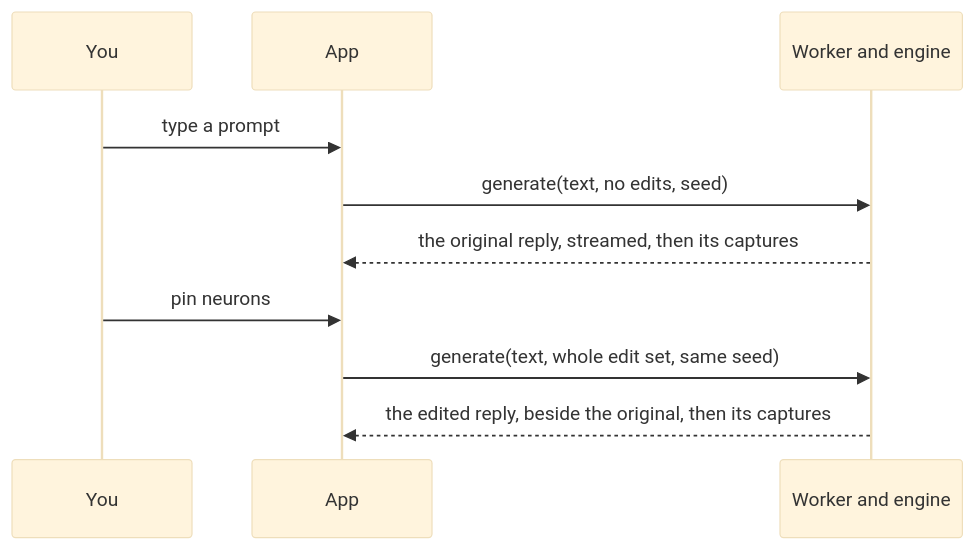
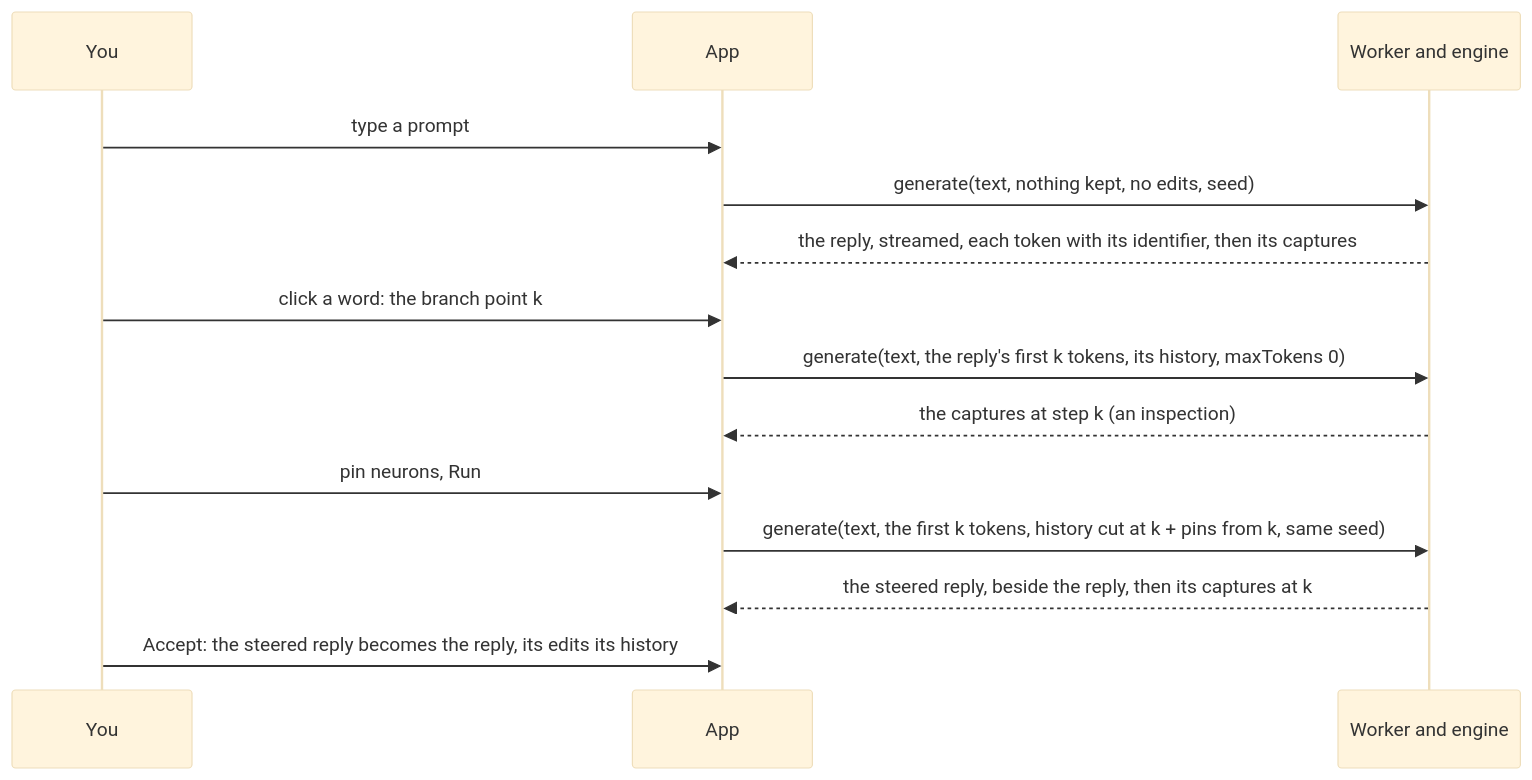
Before and after one commit to plainsight-systems/frizzle: the seventh of 7 diagrams in docs/architecture/logical-overview.md, drawn with Mermaid (base theme). The commit also changed other lines of this file and 49 other files, not shown here.

````diff
--- a/docs/architecture/logical-overview.md
+++ b/docs/architecture/logical-overview.md
@@ -210,12 +210,16 @@
 ```mermaid
 sequenceDiagram
   participant You
   participant App
   participant Worker as Worker and engine
   You->>App: type a prompt
-  App->>Worker: generate(text, no edits, seed)
-  Worker-->>App: the original reply, streamed, then its captures
-  You->>App: pin neurons
-  App->>Worker: generate(text, whole edit set, same seed)
-  Worker-->>App: the edited reply, beside the original, then its captures
+  App->>Worker: generate(text, nothing kept, no edits, seed)
+  Worker-->>App: the reply, streamed, each token with its identifier, then its captures
+  You->>App: click a word: the branch point k
+  App->>Worker: generate(text, the reply's first k tokens, its history, maxTokens 0)
+  Worker-->>App: the captures at step k (an inspection)
+  You->>App: pin neurons, Run
+  App->>Worker: generate(text, the first k tokens, history cut at k + pins from k, same seed)
+  Worker-->>App: the steered reply, beside the reply, then its captures at k
+  You->>App: Accept: the steered reply becomes the reply, its edits its history
 ```
````
